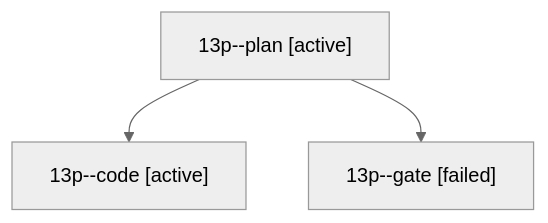
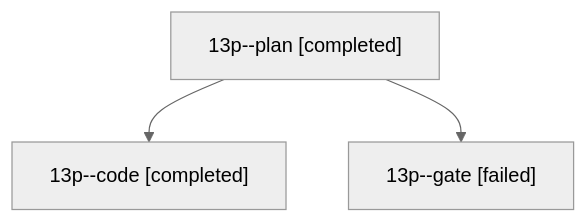
The diagram in sessions/bbugyi200.athena.13p.md (sase-org/sase--agents), drawn with Mermaid (neutral theme) before and after one commit. The commit also changed other lines of this file and 37 other files, not shown here.

````diff
--- a/sessions/bbugyi200.athena.13p.md
+++ b/sessions/bbugyi200.athena.13p.md
@@ -9,8 +9,8 @@
 ```mermaid
 flowchart TD
-  n0["13p--plan [active]"]
-  n1["13p--code [active]"]
+  n0["13p--plan [completed]"]
+  n1["13p--code [completed]"]
   n0 --> n1
   n2["13p--gate [failed]"]
   n0 --> n2
 ```
````
